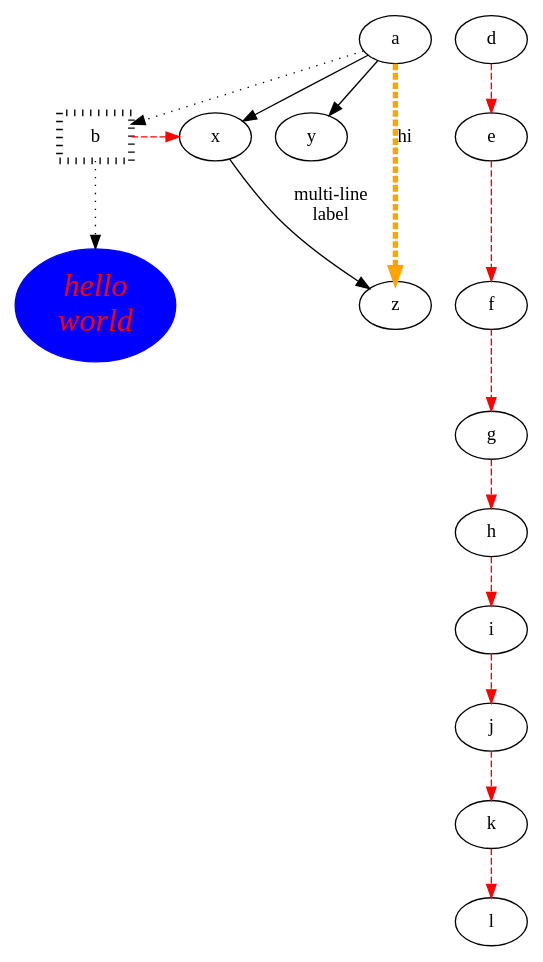
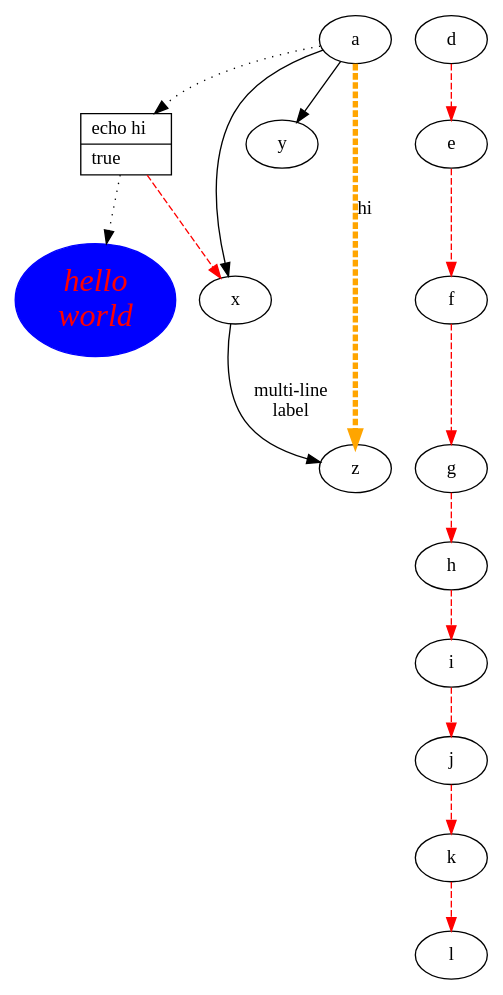
One commit to metacpan/metacpan-cpan-extracted changed the diagram in distros/T/Tk-GraphViz/t/test1.dot. Above: the diagram before and after it, drawn with Graphviz. The commit also changed 1723 other files, not shown here.

```diff
--- a/distros/T/Tk-GraphViz/t/test1.dot
+++ b/distros/T/Tk-GraphViz/t/test1.dot
@@ -1,14 +1,13 @@
 digraph test123 {
         a -> b -> c [style=dotted];
         a -> {x y};
-        b [shape=box,style="setlinewidth(5),dotted"];
+        b [label="{<port1> echo hi\l|true\l}" shape="record"];
         c [label="hello\nworld",color=blue,fontsize=24,
            fontname="Palatino-Italic",fontcolor=red,style=filled];
         a -> z [label="hi", weight=100, color=orange, style="setlinewidth(4),dashed"];
         x -> z [label="multi-line\nlabel"];
         edge [style=dashed,color=red];
         b -> x;
-        {rank=same; b x}
 
 	d -> e -> f -> g -> h -> i -> j -> k -> l;
 }
```
